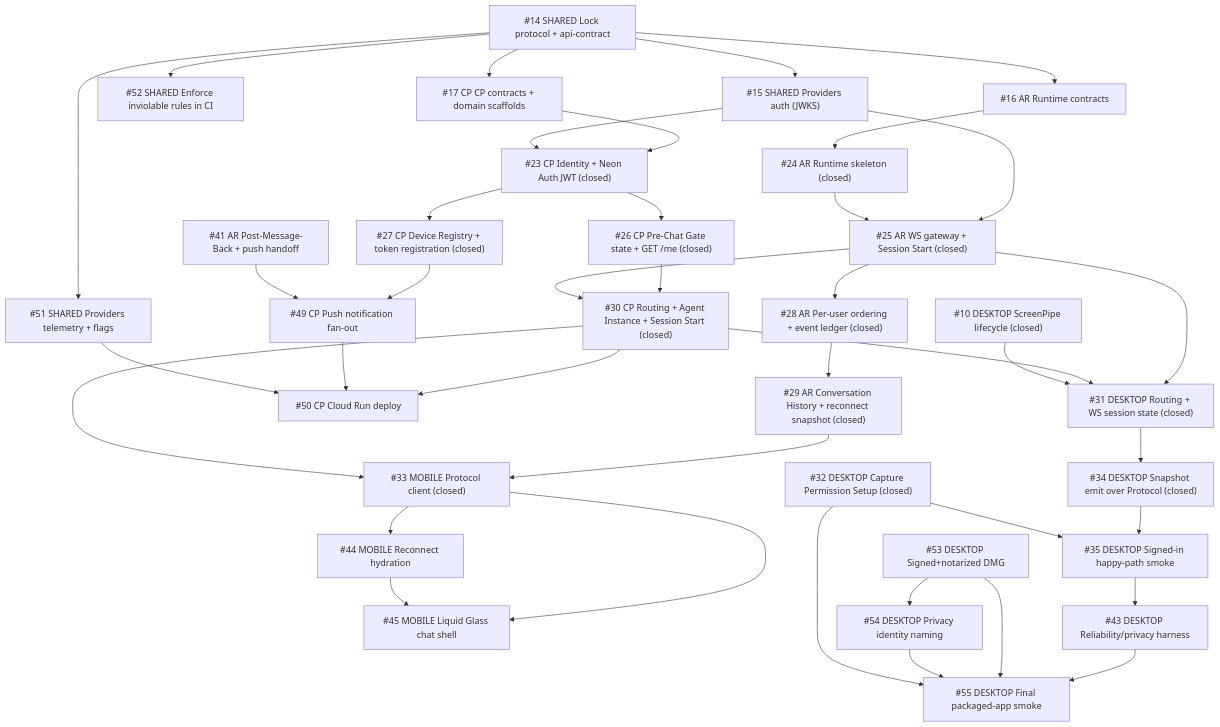
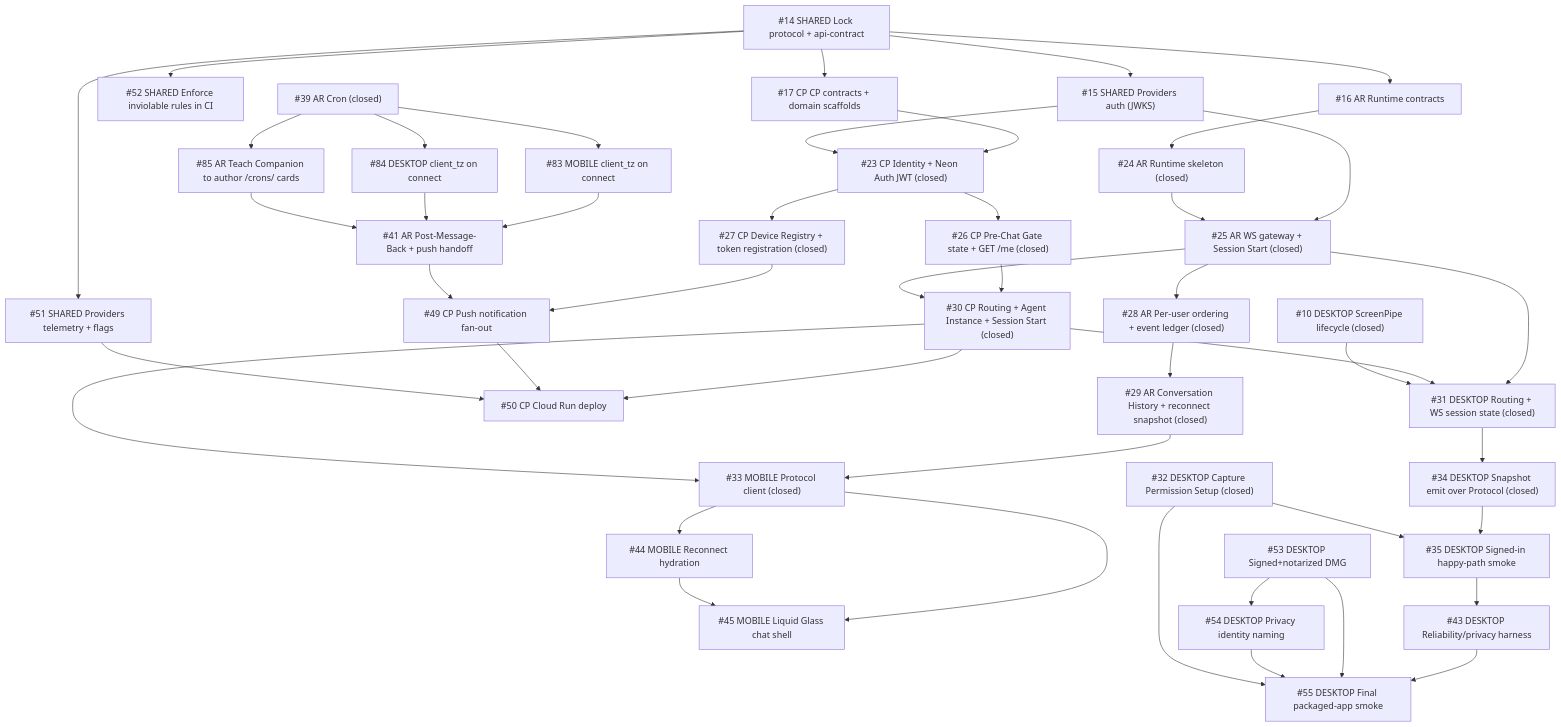
Before and after one commit to sruj75/Intentive: the diagram in docs/ISSUE-BOARD.md, drawn with Mermaid. The commit also changed other lines of this file and 46 other files, not shown here.

First line of the commit message:
Agent Runtime: Cron scheduler, filesystem cards, and client_tz (#39) (#82)

````diff
--- a/docs/ISSUE-BOARD.md
+++ b/docs/ISSUE-BOARD.md
@@ -28,48 +30,56 @@
 ```mermaid
 flowchart TD
   N08["#14 SHARED Lock protocol + api-contract"] --> N09["#15 SHARED Providers auth (JWKS)"]
   N08 --> N45["#51 SHARED Providers telemetry + flags"]
   N08 --> N46["#52 SHARED Enforce inviolable rules in CI"]
 
   N08 --> N10["#16 AR Runtime contracts"]
   N08 --> N11["#17 CP CP contracts + domain scaffolds"]
 
   N10 --> N18["#24 AR Runtime skeleton (closed)"]
   N09 --> N19
   N18 --> N19["#25 AR WS gateway + Session Start (closed)"]
   N19 --> N22["#28 AR Per-user ordering + event ledger (closed)"]
   N22 --> N23["#29 AR Conversation History + reconnect snapshot (closed)"]
 
   N11 --> N17["#23 CP Identity + Neon Auth JWT (closed)"]
   N09 --> N17
   N17 --> N20["#26 CP Pre-Chat Gate state + GET /me (closed)"]
   N17 --> N21["#27 CP Device Registry + token registration (closed)"]
   N20 --> N24["#30 CP Routing + Agent Instance + Session Start (closed)"]
   N19 --> N24
   N21 --> N43["#49 CP Push notification fan-out"]
   N35["#41 AR Post-Message-Back + push handoff"] --> N43
   N24 --> N44["#50 CP Cloud Run deploy"]
   N43 --> N44
   N45 --> N44
 
   N23 --> N27["#33 MOBILE Protocol client (closed)"]
   N24 --> N27
   N27 --> N38["#44 MOBILE Reconnect hydration"]
   N27 --> N39["#45 MOBILE Liquid Glass chat shell"]
   N38 --> N39
 
   N19 --> N25["#31 DESKTOP Routing + WS session state (closed)"]
   N24 --> N25
   N04["#10 DESKTOP ScreenPipe lifecycle (closed)"] --> N25
   N25 --> N28["#34 DESKTOP Snapshot emit over Protocol (closed)"]
   N28 --> N29["#35 DESKTOP Signed-in happy-path smoke"]
 
   N47["#53 DESKTOP Signed+notarized DMG"] --> N48["#54 DESKTOP Privacy identity naming"]
   N26["#32 DESKTOP Capture Permission Setup (closed)"] --> N29
   N49["#55 DESKTOP Final packaged-app smoke"]
   N29 --> N37["#43 DESKTOP Reliability/privacy harness"]
   N37 --> N49
   N47 --> N49
   N48 --> N49
   N26 --> N49
+
+  %% Cron activation lane (#39 follow-ups) — must land before #41 lights up egress
+  N50["#39 AR Cron (closed)"] --> N51b["#83 MOBILE client_tz on connect"]
+  N50 --> N52b["#84 DESKTOP client_tz on connect"]
+  N50 --> N53b["#85 AR Teach Companion to author /crons/ cards"]
+  N51b --> N35
+  N52b --> N35
+  N53b --> N35
 ```
````
